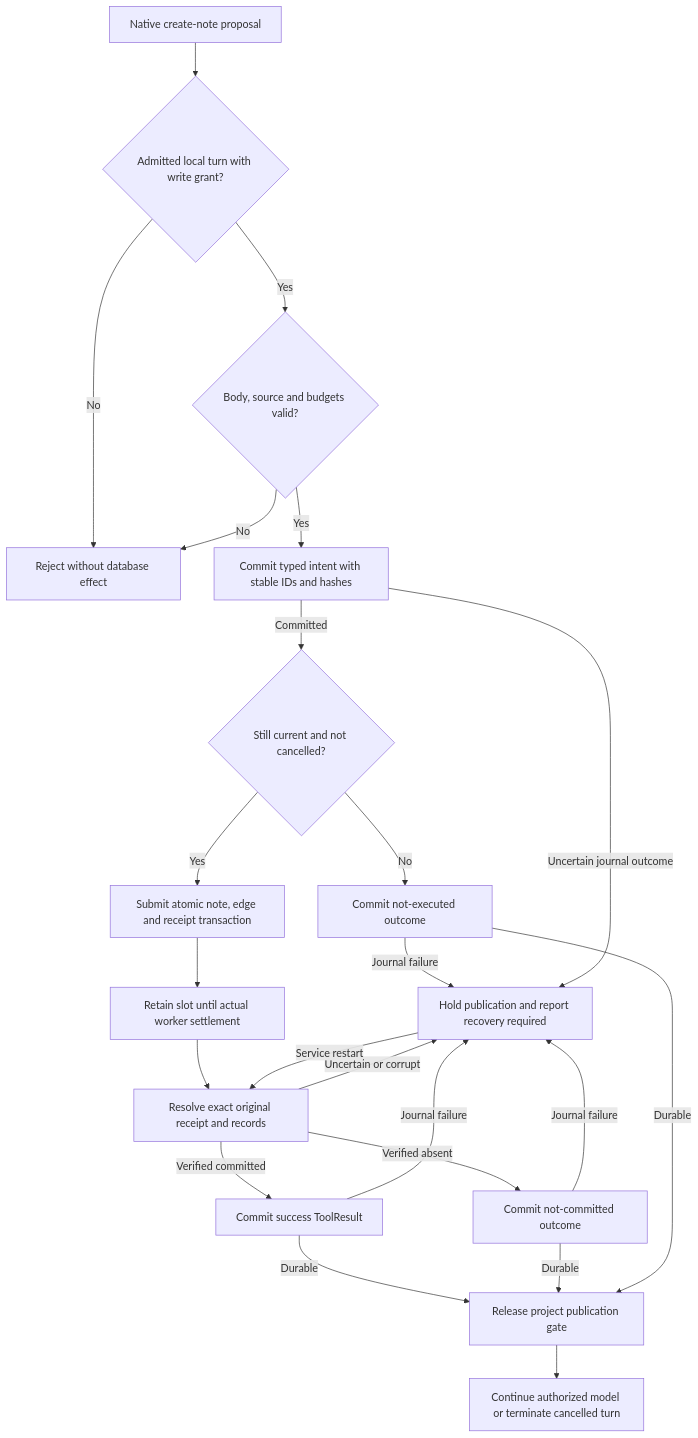
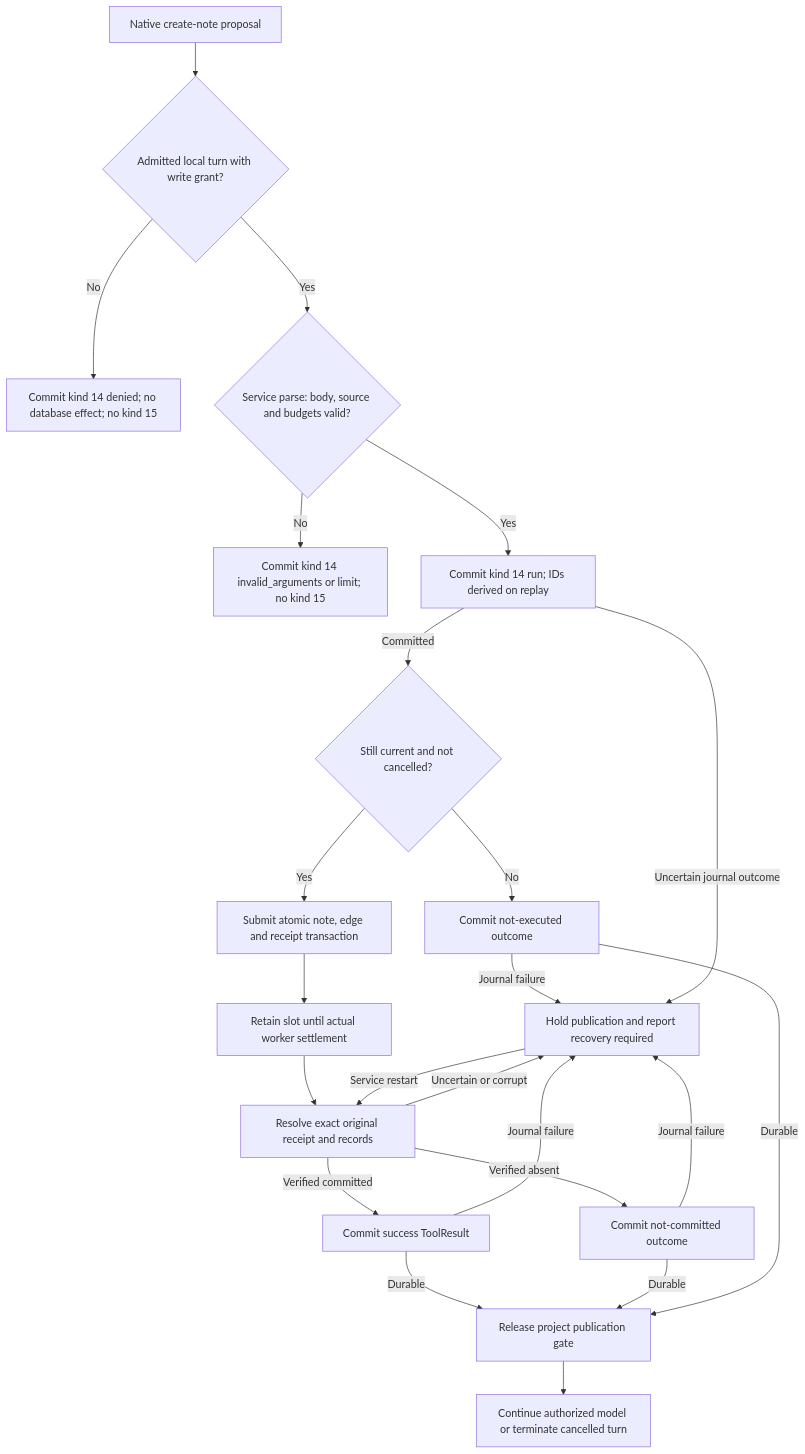
Diagram 19 of 20 in docs/designs/hybrid-memory-ontology.md (pidster/asura), drawn with Mermaid before and after one commit. The commit also changed other lines of this file and 77 other files, not shown here.

````diff
--- a/docs/designs/hybrid-memory-ontology.md
+++ b/docs/designs/hybrid-memory-ontology.md
@@ -2153,25 +2168,25 @@
 ```mermaid
 flowchart TD
     Call[Native create-note proposal] --> Grant{Admitted local turn with write grant?}
-    Grant -->|No| Reject[Reject without database effect]
-    Grant -->|Yes| Args{Body, source and budgets valid?}
-    Args -->|No| Reject
-    Args -->|Yes| Intent[Commit typed intent with stable IDs and hashes]
+    Grant -->|No| Denied[Commit kind 14 denied; no database effect; no kind 15]
+    Grant -->|Yes| Args{Service parse: body, source and budgets valid?}
+    Args -->|No| Reject[Commit kind 14 invalid_arguments or limit; no kind 15]
+    Args -->|Yes| Intent[Commit kind 14 run; IDs derived on replay]
     Intent -->|Committed| Fence{Still current and not cancelled?}
     Fence -->|No| NoWrite[Commit not-executed outcome]
     Fence -->|Yes| Put[Submit atomic note, edge and receipt transaction]
     Put --> Settle[Retain slot until actual worker settlement]
     Settle --> Resolve[Resolve exact original receipt and records]
     Resolve -->|Verified committed| Success[Commit success ToolResult]
     Resolve -->|Verified absent| Absent[Commit not-committed outcome]
     Resolve -->|Uncertain or corrupt| Hold[Hold publication and report recovery required]
     Hold -->|Service restart| Resolve
     Success -->|Durable| Publish[Release project publication gate]
     Absent -->|Durable| Publish
     NoWrite -->|Durable| Publish
     Success -->|Journal failure| Hold
     Absent -->|Journal failure| Hold
     NoWrite -->|Journal failure| Hold
     Intent -->|Uncertain journal outcome| Hold
     Publish --> End[Continue authorized model or terminate cancelled turn]
 ```
````
